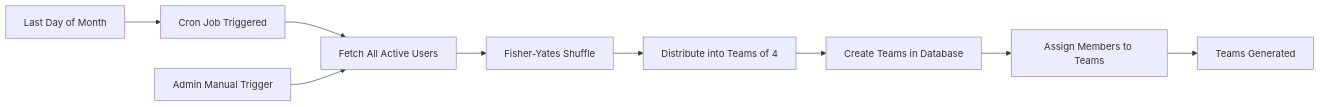
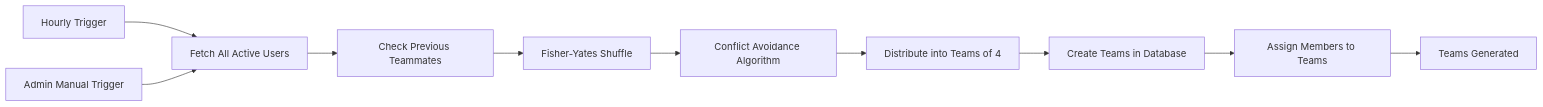
One commit to amhabibi81/TwoX-PRJ changed the third of 5 diagrams in PRJ/README.md. Above: the diagram before and after it, drawn with Mermaid. The commit also changed other lines of this file and 51 other files, not shown here.

````diff
--- a/PRJ/README.md
+++ b/PRJ/README.md
@@ -175,12 +242,13 @@
 ```mermaid
 flowchart LR
-    Start[Last Day of Month] --> Cron[Cron Job Triggered]
-    Cron --> Fetch[Fetch All Active Users]
-    Fetch --> Shuffle[Fisher-Yates Shuffle]
-    Shuffle --> Distribute[Distribute into Teams of 4]
+    Start[Hourly Trigger] --> Fetch[Fetch All Active Users]
+    Fetch --> CheckHistory[Check Previous Teammates]
+    CheckHistory --> Shuffle[Fisher-Yates Shuffle]
+    Shuffle --> AvoidConflicts[Conflict Avoidance Algorithm]
+    AvoidConflicts --> Distribute[Distribute into Teams of 4]
     Distribute --> Create[Create Teams in Database]
     Create --> Assign[Assign Members to Teams]
     Assign --> End[Teams Generated]
     
     Manual[Admin Manual Trigger] --> Fetch
 ```
````
